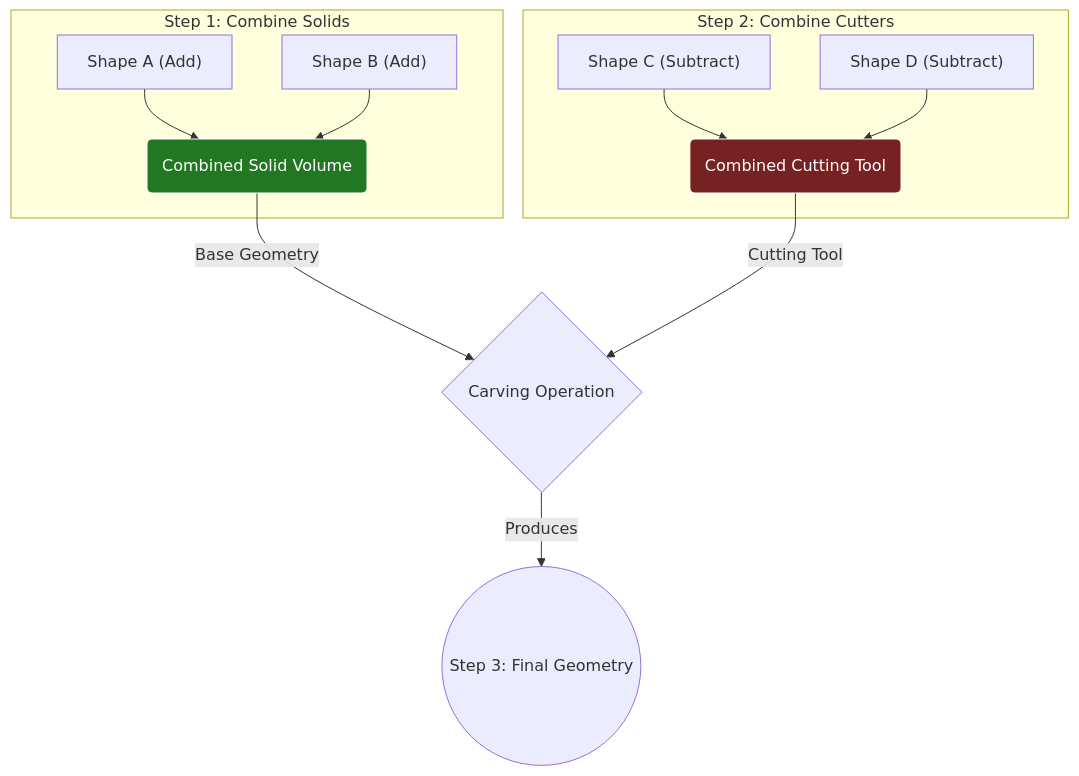
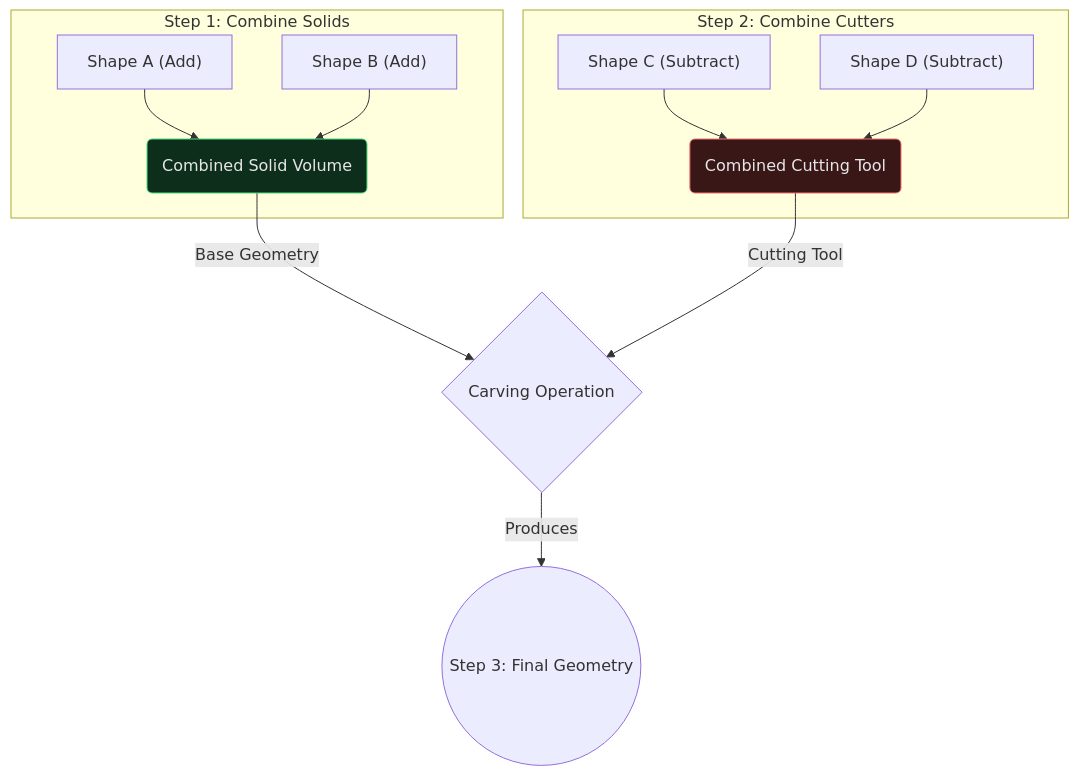
One commit to outliyr/outliyr-docs changed the diagram in outliyr-framework/docs/core-modules/gameplay-maps/compound-blockout-system/working-with-shapes-and-booleans.md. Above: the diagram before and after it, drawn with Mermaid. The commit also changed 11 other files, not shown here.

````diff
--- a/outliyr-framework/docs/core-modules/gameplay-maps/compound-blockout-system/working-with-shapes-and-booleans.md
+++ b/outliyr-framework/docs/core-modules/gameplay-maps/compound-blockout-system/working-with-shapes-and-booleans.md
@@ -41,21 +41,21 @@
 ```mermaid
 graph TD
     subgraph "Step 1: Combine Solids"
-        style Solid fill:#272,stroke:#fff,color:#fff
+        style Solid fill:#0e2e1c,stroke:#4ade80,color:#e6e6e6
         A1["Shape A (Add)"]
         A2["Shape B (Add)"]
         A1 & A2 --> Solid(Combined Solid Volume)
     end
 
     subgraph "Step 2: Combine Cutters"
-        style Cutter fill:#722,stroke:#fff,color:#fff
+        style Cutter fill:#3a1717,stroke:#f87171,color:#e6e6e6
         S1["Shape C (Subtract)"]
         S2["Shape D (Subtract)"]
         S1 & S2 --> Cutter(Combined Cutting Tool)
     end
 
     Solid -- Base Geometry --> Carve{Carving Operation}
     Cutter -- Cutting Tool --> Carve
     
     Carve -->|Produces| FinalMesh((Step 3: Final Geometry))
 ```
````
